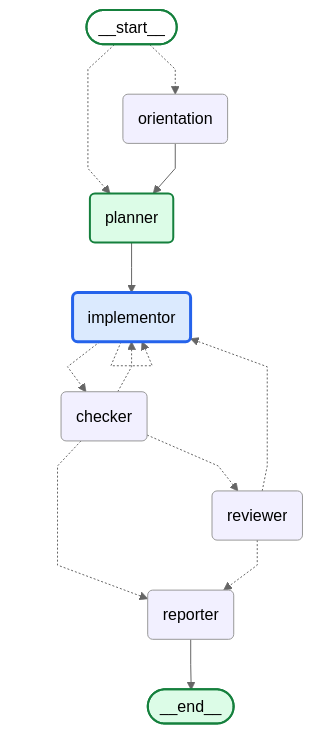
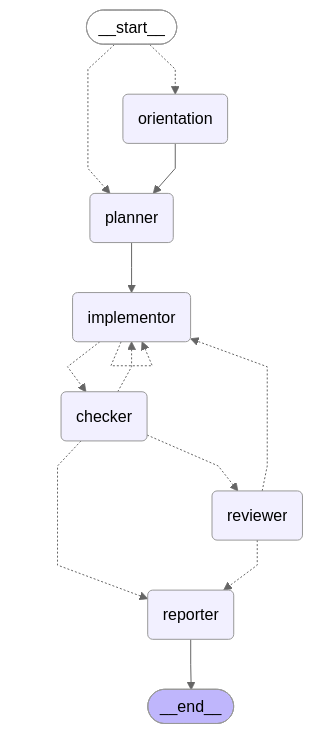
One commit to daniell0gda/hermes-feature-check-dashboard changed the diagram in latest/graph.mmd. Above: the diagram before and after it, drawn with Mermaid (neutral theme). The commit also changed 57 other files, not shown here.

```diff
--- a/latest/graph.mmd
+++ b/latest/graph.mmd
@@ -1,37 +1,29 @@
 ---
 config:
   flowchart:
     curve: linear
 ---
 graph TD;
 	__start__([<p>__start__</p>]):::first
 	orientation(orientation)
 	planner(planner)
 	implementor(implementor)
 	checker(checker)
 	reviewer(reviewer)
 	reporter(reporter)
 	__end__([<p>__end__</p>]):::last
 	__start__ -.-> orientation;
 	__start__ -.-> planner;
 	checker -.-> implementor;
 	checker -.-> reporter;
 	checker -.-> reviewer;
 	implementor -.-> checker;
 	orientation --> planner;
 	planner --> implementor;
 	reviewer -.-> implementor;
 	reviewer -.-> reporter;
 	reporter --> __end__;
 	implementor -.-> implementor;
 	classDef default fill:#f2f0ff,line-height:1.2
 	classDef first fill-opacity:0
 	classDef last fill:#bfb6fc
-
-classDef done fill:#dcfce7,stroke:#15803d,stroke-width:2px;
-classDef active fill:#dbeafe,stroke:#2563eb,stroke-width:3px;
-classDef failed fill:#fee2e2,stroke:#b42318,stroke-width:2px;
-class planner done;
-class implementor active;
-class __start__ done;
-class __end__ done;
```
